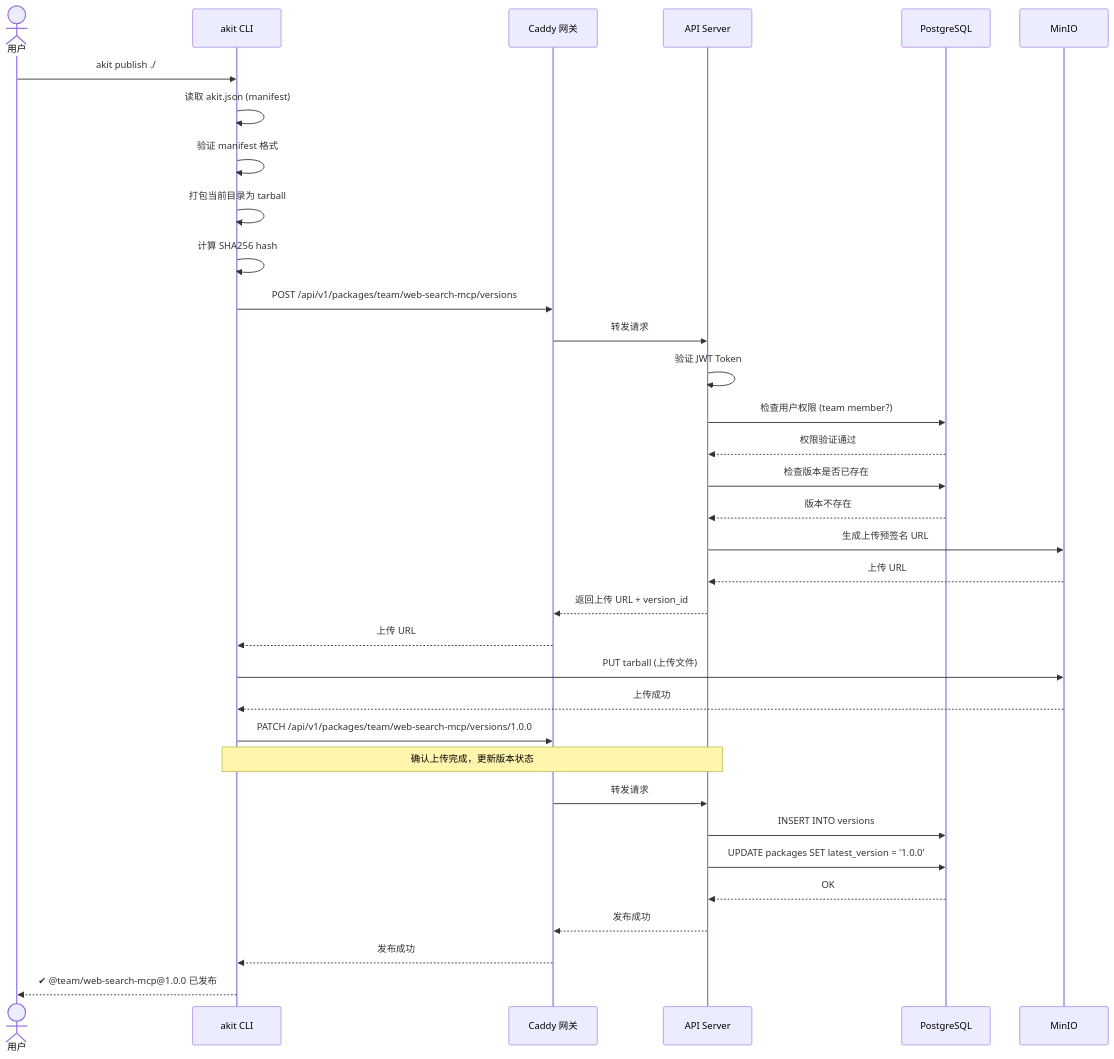
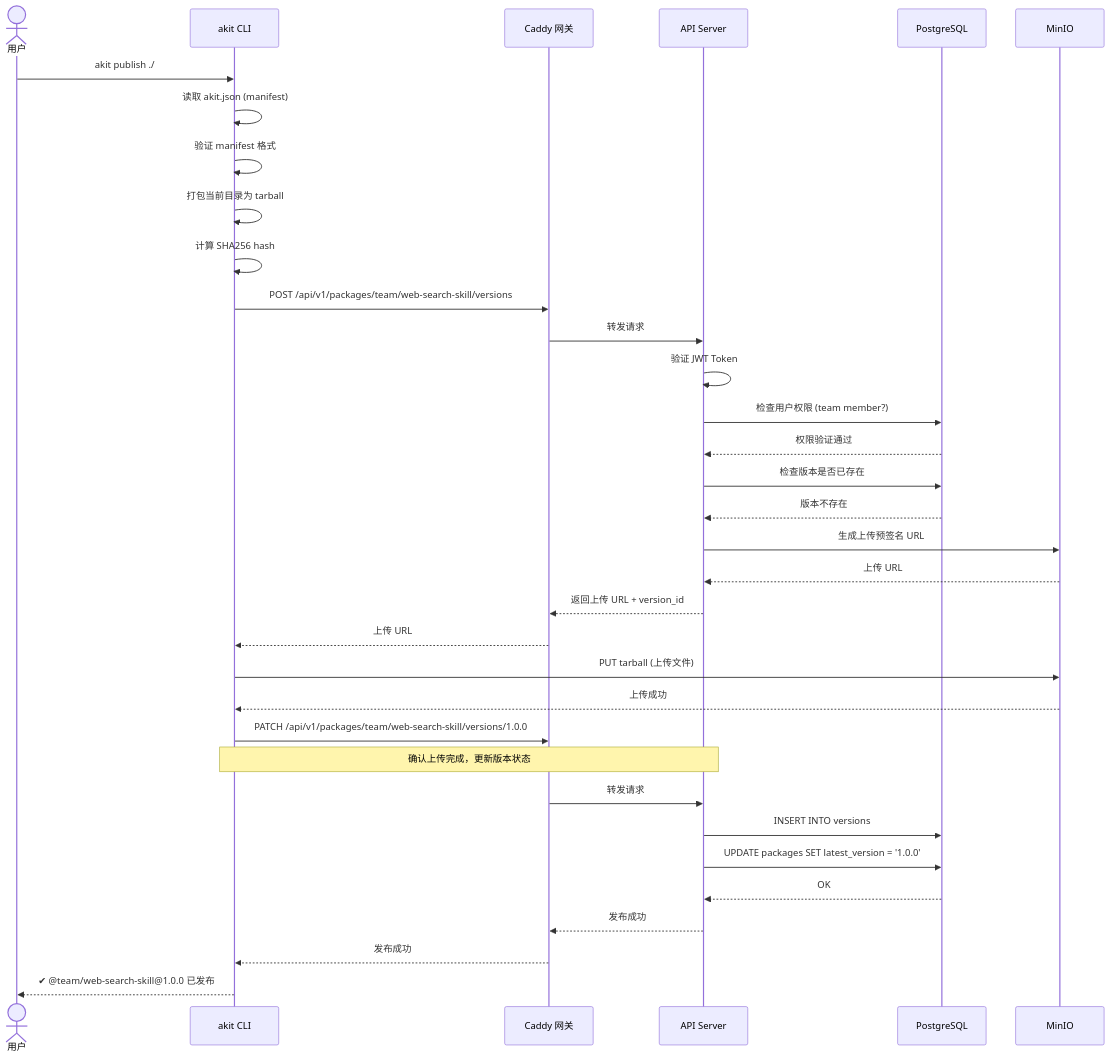
Before and after one commit to afine907/agent-kit-admin: the second of 5 diagrams in docs/architecture/diagrams/02-data-flow.md, drawn with Mermaid. The commit also changed other lines of this file and 126 other files, not shown here.

First line of the commit message:
refactor!: 移除 MCP 支持并引入 Skill 测试对话 Agent

````diff
--- a/docs/architecture/diagrams/02-data-flow.md
+++ b/docs/architecture/diagrams/02-data-flow.md
@@ -52,49 +51,49 @@
 ```mermaid
 sequenceDiagram
     actor User as 用户
     participant CLI as akit CLI
     participant Caddy as Caddy 网关
     participant API as API Server
     participant DB as PostgreSQL
     participant MinIO as MinIO
 
     User->>CLI: akit publish ./
 
     CLI->>CLI: 读取 akit.json (manifest)
     CLI->>CLI: 验证 manifest 格式
     CLI->>CLI: 打包当前目录为 tarball
 
     CLI->>CLI: 计算 SHA256 hash
 
-    CLI->>Caddy: POST /api/v1/packages/team/web-search-mcp/versions
+    CLI->>Caddy: POST /api/v1/packages/team/web-search-skill/versions
     Caddy->>API: 转发请求
 
     API->>API: 验证 JWT Token
     API->>DB: 检查用户权限 (team member?)
     DB-->>API: 权限验证通过
 
     API->>DB: 检查版本是否已存在
     DB-->>API: 版本不存在
 
     API->>MinIO: 生成上传预签名 URL
     MinIO-->>API: 上传 URL
 
     API-->>Caddy: 返回上传 URL + version_id
     Caddy-->>CLI: 上传 URL
 
     CLI->>MinIO: PUT tarball (上传文件)
     MinIO-->>CLI: 上传成功
 
-    CLI->>Caddy: PATCH /api/v1/packages/team/web-search-mcp/versions/1.0.0
+    CLI->>Caddy: PATCH /api/v1/packages/team/web-search-skill/versions/1.0.0
     Note over CLI,API: 确认上传完成，更新版本状态
 
     Caddy->>API: 转发请求
 
     API->>DB: INSERT INTO versions
     API->>DB: UPDATE packages SET latest_version = '1.0.0'
     DB-->>API: OK
 
     API-->>Caddy: 发布成功
     Caddy-->>CLI: 发布成功
-    CLI-->>User: ✔ @team/web-search-mcp@1.0.0 已发布
+    CLI-->>User: ✔ @team/web-search-skill@1.0.0 已发布
 ```
````
